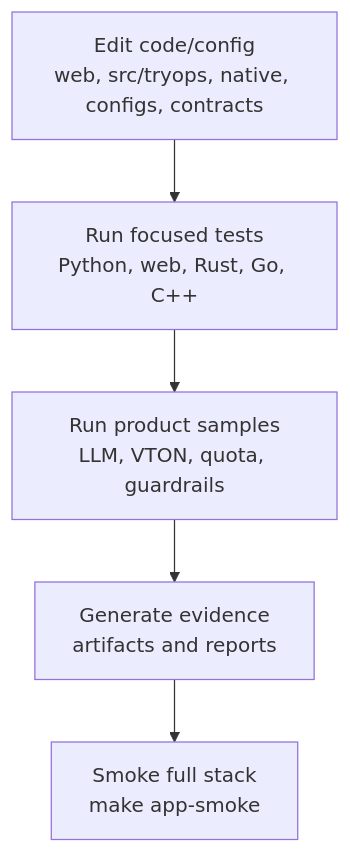
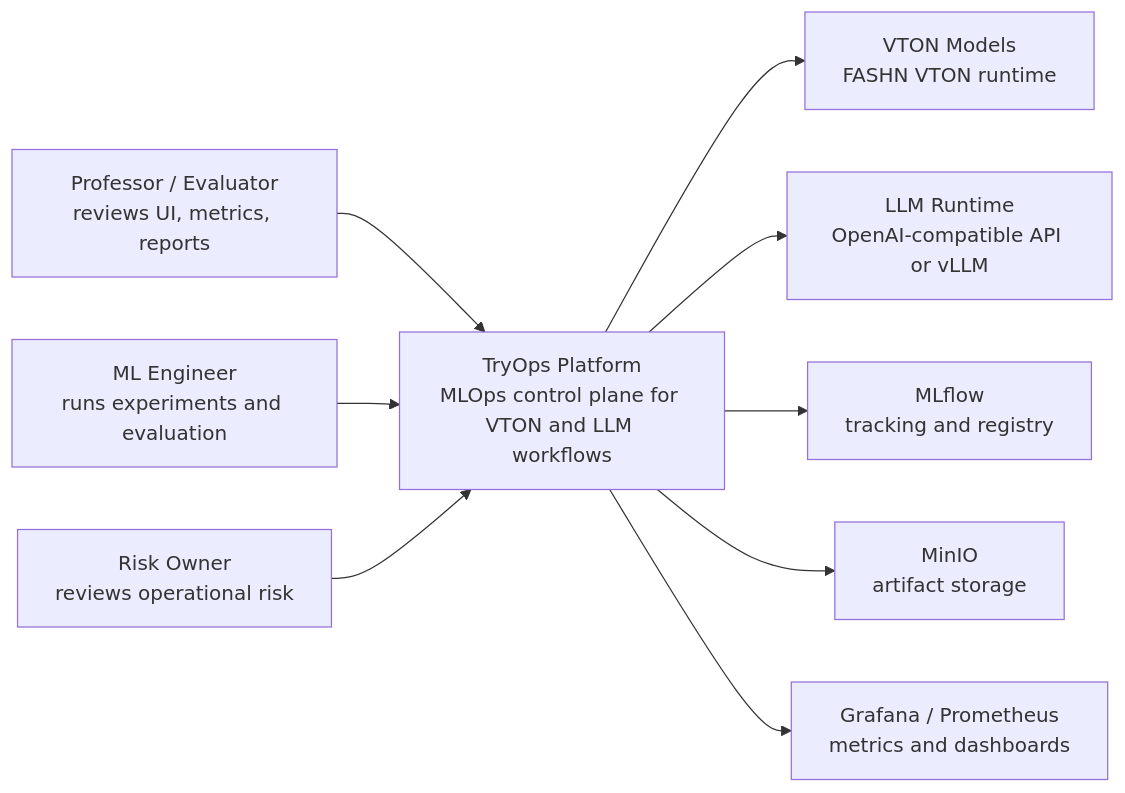
The second of 3 diagrams in README.md (trungdangtapcode/TryOps-TryON-MLOps), drawn with Mermaid before and after one commit. The commit also changed other lines of this file and 1 other file, not shown here.

````diff
--- a/README.md
+++ b/README.md
@@ -248,10 +55,23 @@
 ```mermaid
-flowchart TD
-  edit["Edit code/config<br/>web, src/tryops, native, configs, contracts"]
-  tests["Run focused tests<br/>Python, web, Rust, Go, C++"]
-  samples["Run product samples<br/>LLM, VTON, quota, guardrails"]
-  evidence["Generate evidence<br/>artifacts and reports"]
-  smoke["Smoke full stack<br/>make app-smoke"]
+flowchart LR
+  professor["Professor / Evaluator<br/>reviews UI, metrics, reports"]
+  ml_engineer["ML Engineer<br/>runs experiments and evaluation"]
+  risk_owner["Risk Owner<br/>reviews operational risk"]
 
-  edit --> tests --> samples --> evidence --> smoke
+  tryops["TryOps Platform<br/>MLOps control plane for VTON and LLM workflows"]
+
+  vton["VTON Models<br/>FASHN VTON runtime"]
+  llm["LLM Runtime<br/>OpenAI-compatible API or vLLM"]
+  mlflow["MLflow<br/>tracking and registry"]
+  minio["MinIO<br/>artifact storage"]
+  grafana["Grafana / Prometheus<br/>metrics and dashboards"]
+
+  professor --> tryops
+  ml_engineer --> tryops
+  risk_owner --> tryops
+  tryops --> vton
+  tryops --> llm
+  tryops --> mlflow
+  tryops --> minio
+  tryops --> grafana
 ```
````
